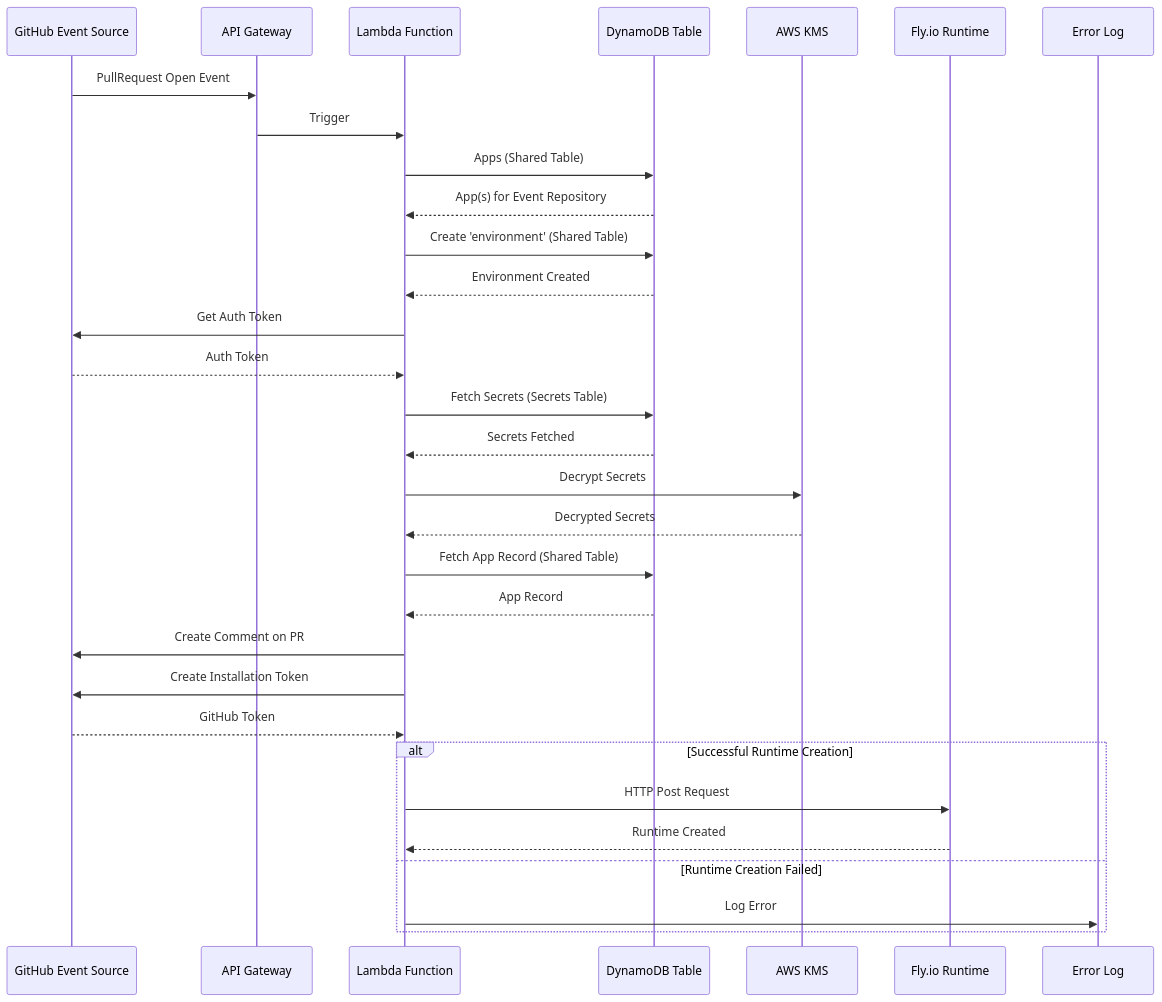
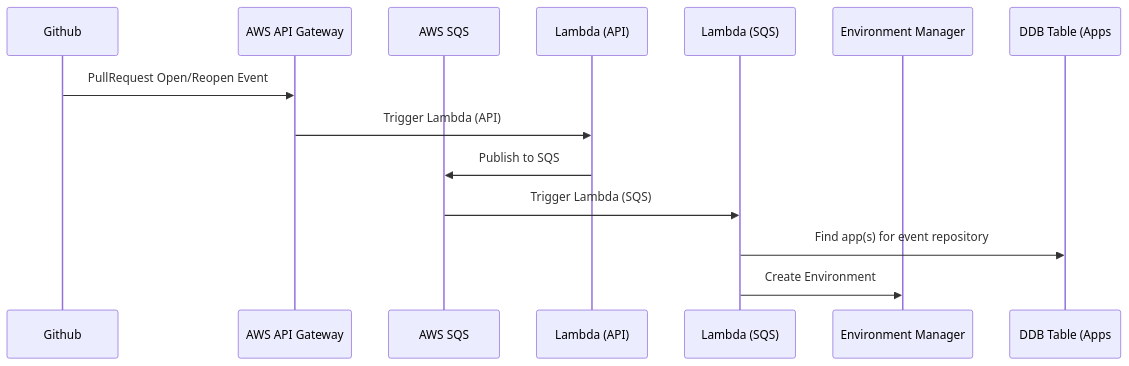
One commit to winglang/wing.cloud changed the diagram in docs/workflows/github-pull-request-open.md. Above: the diagram before and after it, drawn with Mermaid. The commit also changed other lines of this file and 3 other files, not shown here.

````diff
--- a/docs/workflows/github-pull-request-open.md
+++ b/docs/workflows/github-pull-request-open.md
@@ -45,34 +28,17 @@
 ```mermaid
 sequenceDiagram
-    participant GitHub as GitHub Event Source
-    participant API_Gateway as API Gateway
-    participant Lambda as Lambda Function
-    participant DynamoDB as DynamoDB Table
-    participant KMS as AWS KMS
-    participant Fly_io as Fly.io Runtime
-    participant ErrorLog as Error Log
+    participant G as Github
+    participant AG as AWS API Gateway
+    participant SQS as AWS SQS
+    participant LAPI as Lambda (API)
+    participant LSQS as Lambda (SQS)
+    participant EM as Environment Manager
+    participant DDB as DDB Table (Apps#listByRepository)
 
-    GitHub->>API_Gateway: PullRequest Open Event
-    API_Gateway->>Lambda: Trigger
-    Lambda->>DynamoDB: Apps (Shared Table)
-    DynamoDB-->>Lambda: App(s) for Event Repository
-    Lambda->>DynamoDB: Create 'environment' (Shared Table)
-    DynamoDB-->>Lambda: Environment Created
-    Lambda->>GitHub: Get Auth Token
-    GitHub-->>Lambda: Auth Token
-    Lambda->>DynamoDB: Fetch Secrets (Secrets Table)
-    DynamoDB-->>Lambda: Secrets Fetched
-    Lambda->>KMS: Decrypt Secrets
-    KMS-->>Lambda: Decrypted Secrets
-    Lambda->>DynamoDB: Fetch App Record (Shared Table)
-    DynamoDB-->>Lambda: App Record
-    Lambda->>GitHub: Create Comment on PR
-    Lambda->>GitHub: Create Installation Token
-    GitHub-->>Lambda: GitHub Token
-    alt Successful Runtime Creation
-        Lambda->>Fly_io: HTTP Post Request
-        Fly_io-->>Lambda: Runtime Created
-    else Runtime Creation Failed
-        Lambda->>ErrorLog: Log Error
-    end
+    G->>AG: PullRequest Open/Reopen Event
+    AG->>LAPI: Trigger Lambda (API)
+    LAPI->>SQS: Publish to SQS
+    SQS->>LSQS: Trigger Lambda (SQS)
+    LSQS->>DDB: Find app(s) for event repository
+    LSQS->>EM: Create Environment
 ```
````
